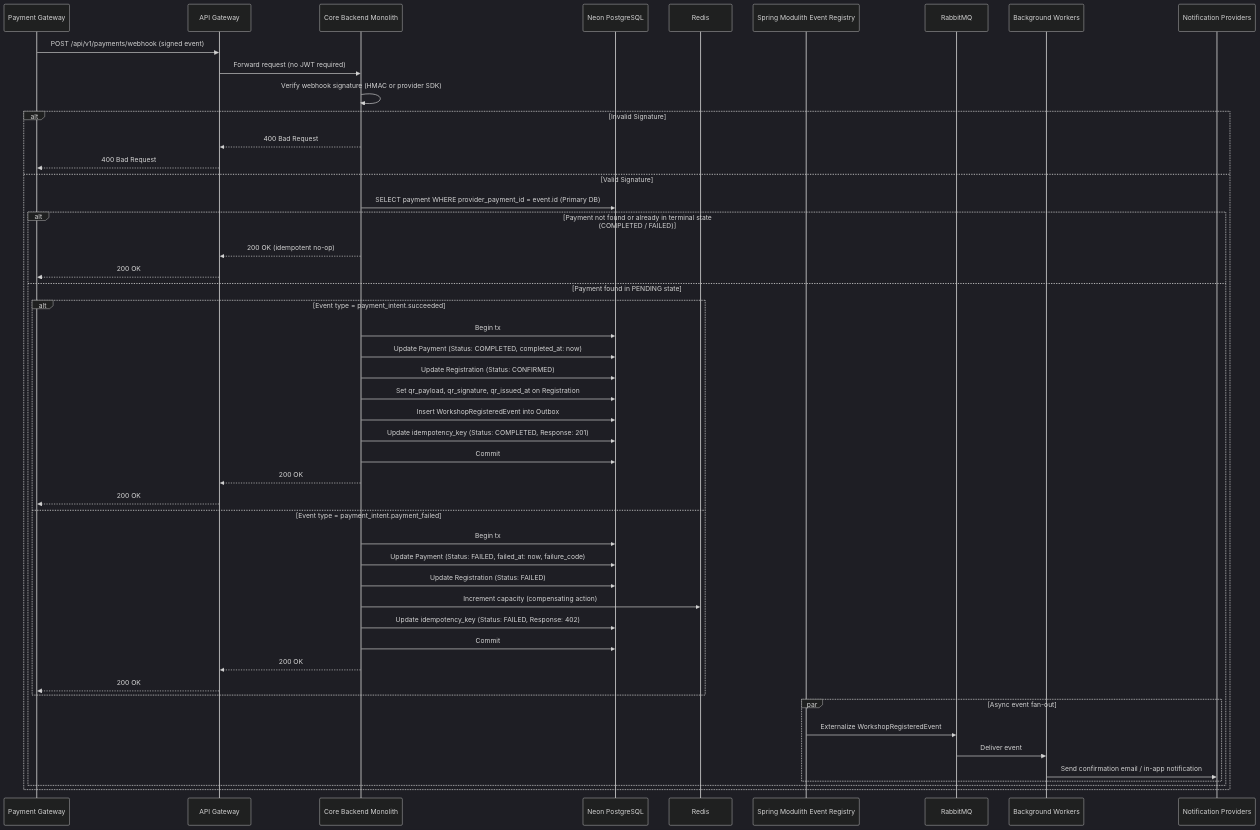
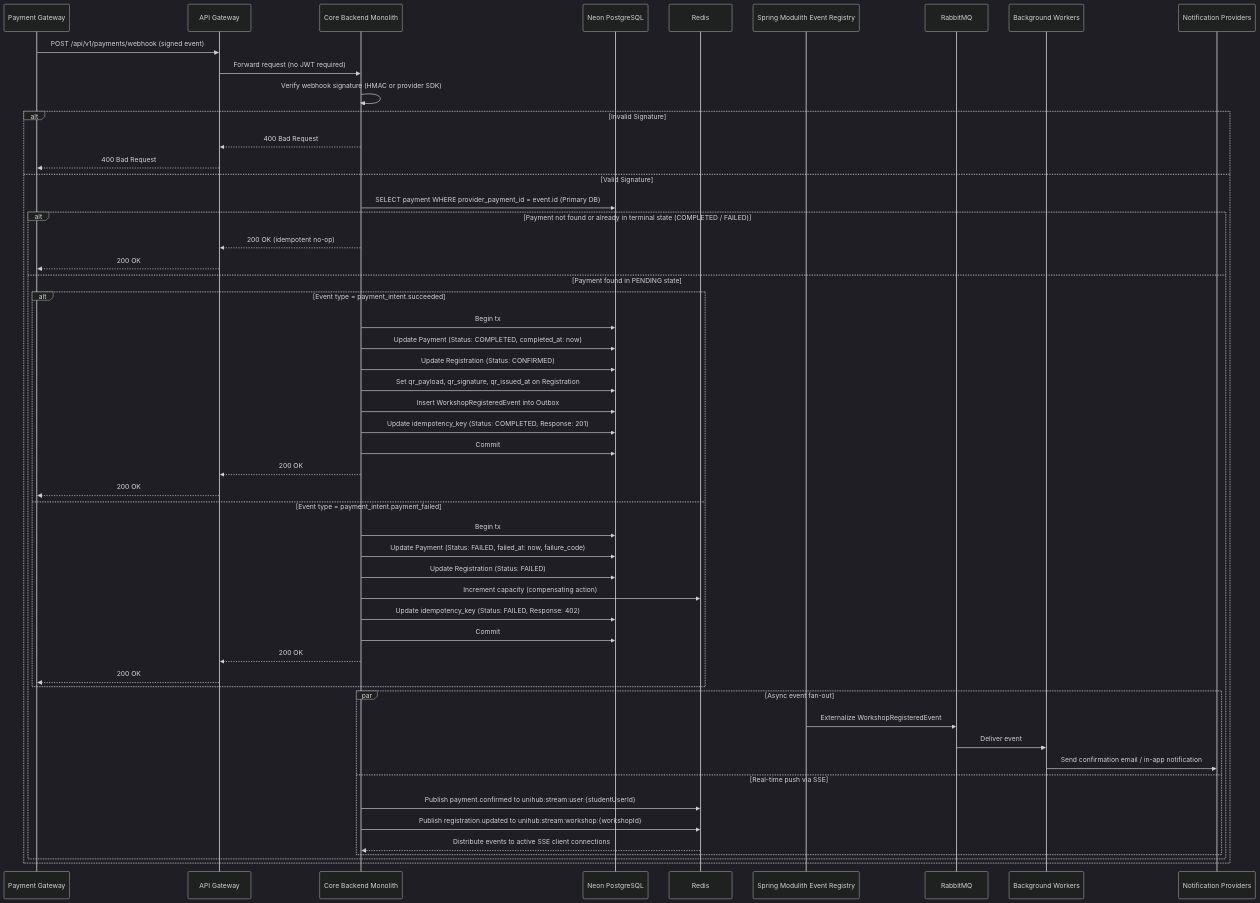
Before and after one commit to phatnguyen975/unihub-workshop: the second of 14 diagrams in docs/system-design.md, drawn with Mermaid (dark theme). The commit also changed other lines of this file and 8 other files, not shown here.

Commit message:
refactor: add SSE for realtime to architecture

````diff
--- a/docs/system-design.md
+++ b/docs/system-design.md
@@ -232,52 +233,56 @@
 ```mermaid
 sequenceDiagram
   participant Pay as Payment Gateway
   participant GW as API Gateway
   participant API as Core Backend Monolith
   participant DB as Neon PostgreSQL
   participant Redis as Redis
   participant Registry as Spring Modulith Event Registry
   participant Broker as RabbitMQ
   participant Worker as Background Workers
   participant Notify as Notification Providers
 
   Pay->>GW: POST /api/v1/payments/webhook (signed event)
   GW->>API: Forward request (no JWT required)
   API->>API: Verify webhook signature (HMAC or provider SDK)
   alt Invalid Signature
     API-->>GW: 400 Bad Request
     GW-->>Pay: 400 Bad Request
   else Valid Signature
     API->>DB: SELECT payment WHERE provider_payment_id = event.id (Primary DB)
     alt Payment not found or already in terminal state (COMPLETED / FAILED)
       API-->>GW: 200 OK (idempotent no-op)
       GW-->>Pay: 200 OK
     else Payment found in PENDING state
       alt Event type = payment_intent.succeeded
         API->>DB: Begin tx
         API->>DB: Update Payment (Status: COMPLETED, completed_at: now)
         API->>DB: Update Registration (Status: CONFIRMED)
         API->>DB: Set qr_payload, qr_signature, qr_issued_at on Registration
         API->>DB: Insert WorkshopRegisteredEvent into Outbox
         API->>DB: Update idempotency_key (Status: COMPLETED, Response: 201)
         API->>DB: Commit
         API-->>GW: 200 OK
         GW-->>Pay: 200 OK
       else Event type = payment_intent.payment_failed
         API->>DB: Begin tx
         API->>DB: Update Payment (Status: FAILED, failed_at: now, failure_code)
         API->>DB: Update Registration (Status: FAILED)
         API->>Redis: Increment capacity (compensating action)
         API->>DB: Update idempotency_key (Status: FAILED, Response: 402)
         API->>DB: Commit
         API-->>GW: 200 OK
         GW-->>Pay: 200 OK
       end
       par Async event fan-out
         Registry->>Broker: Externalize WorkshopRegisteredEvent
         Broker->>Worker: Deliver event
         Worker->>Notify: Send confirmation email / in-app notification
+      and Real-time push via SSE
+        API->>Redis: Publish payment.confirmed to unihub:stream:user:{studentUserId}
+        API->>Redis: Publish registration.updated to unihub:stream:workshop:{workshopId}
+        Redis-->>API: Distribute events to active SSE client connections
       end
     end
   end
 ```
````
